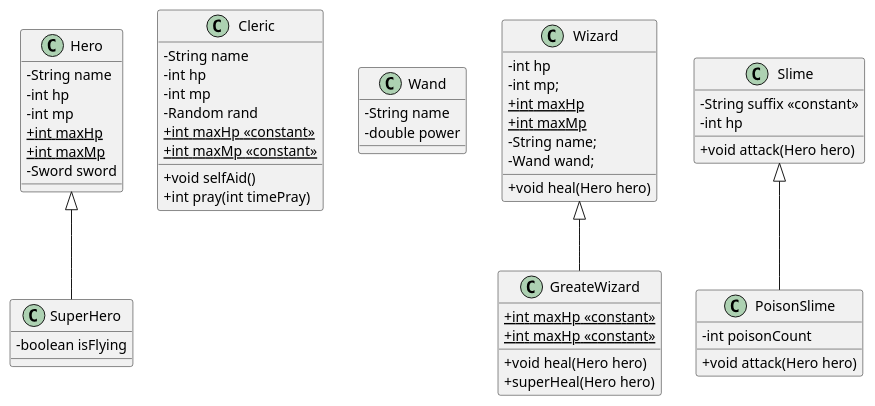
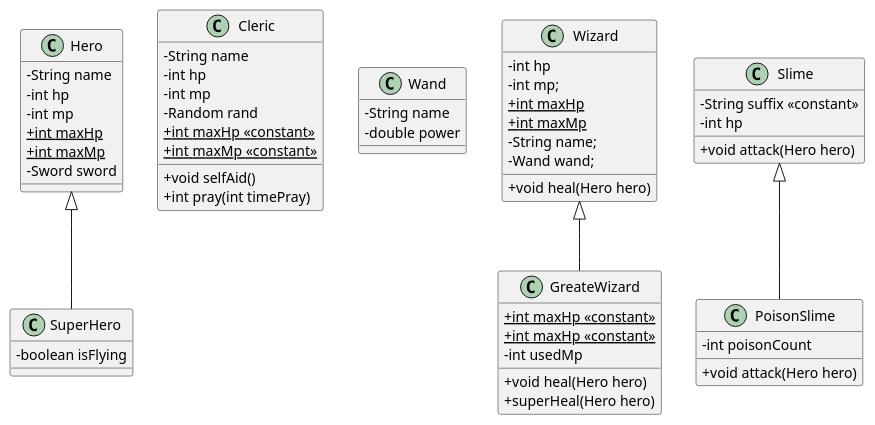
One commit to SurvivalCodingCampus/polytech_java_study changed the diagram in src/main/java/com/survivalcoding/game.puml. Above: the diagram before and after it, drawn with PlantUML. The commit also changed 1 other file, not shown here.

Commit message:
refactor: GreateWizard 클래스 중복 코드 수정 및 uml 수정

```diff
--- a/src/main/java/com/survivalcoding/game.puml
+++ b/src/main/java/com/survivalcoding/game.puml
@@ -1,69 +1,70 @@
 @startuml
 'https://plantuml.com/class-diagram
 
 scale 1
 skinparam classAttributeIconSize 0
 
 class Hero {
     - String name
     - int hp
     - int mp
     {static} + int maxHp
     {static} + int maxMp
     - Sword sword
 }
 
 class SuperHero extends Hero {
     - boolean isFlying
 }
 
 class Cleric {
     - String name
     - int hp
     - int mp
     - Random rand
     {static} + int maxHp <<constant>>
     {static} + int maxMp <<constant>>
 
     + void selfAid()
     + int pray(int timePray)
 }
 
 class Wand {
     - String name
     - double power
 }
 
 class Wizard {
     - int hp
     - int mp;
     {static} + int maxHp
     {static} + int maxMp
     - String name;
     - Wand wand;
 
     + void heal(Hero hero)
 }
 
 class GreateWizard extends Wizard {
     {static} + int maxHp <<constant>>
     {static} + int maxHp <<constant>>
+    - int usedMp
 
     + void heal(Hero hero)
     + superHeal(Hero hero)
 }
 
 class Slime {
     - String suffix <<constant>>
     - int hp
 
     + void attack(Hero hero)
 }
 
 class PoisonSlime extends Slime {
     - int poisonCount
 
     + void attack(Hero hero)
 }
 
 @enduml
```
